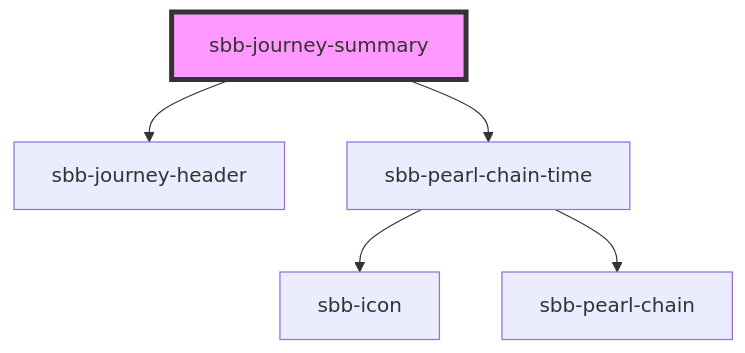
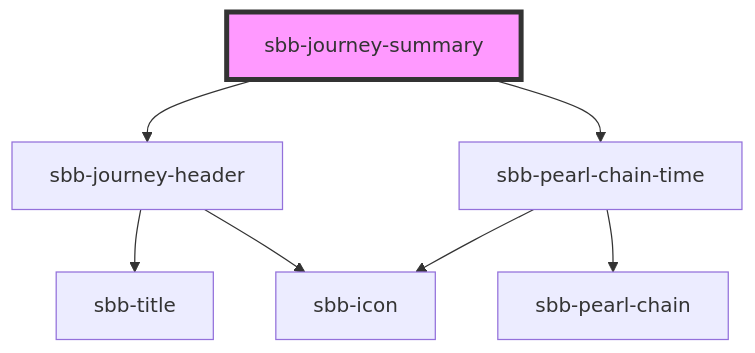
Before and after one commit to sbb-design-systems/lyne-components: the diagram in src/components/sbb-journey-summary/readme.md, drawn with Mermaid. The commit also changed 12 other files, not shown here.

First line of the commit message:
feat(sbb-journey-header): component refactoring (#1539)

````diff
--- a/src/components/sbb-journey-summary/readme.md
+++ b/src/components/sbb-journey-summary/readme.md
@@ -30,8 +30,10 @@
 ```mermaid
 graph TD;
   sbb-journey-summary --> sbb-journey-header
   sbb-journey-summary --> sbb-pearl-chain-time
+  sbb-journey-header --> sbb-title
+  sbb-journey-header --> sbb-icon
   sbb-pearl-chain-time --> sbb-icon
   sbb-pearl-chain-time --> sbb-pearl-chain
   style sbb-journey-summary fill:#f9f,stroke:#333,stroke-width:4px
 ```
````
